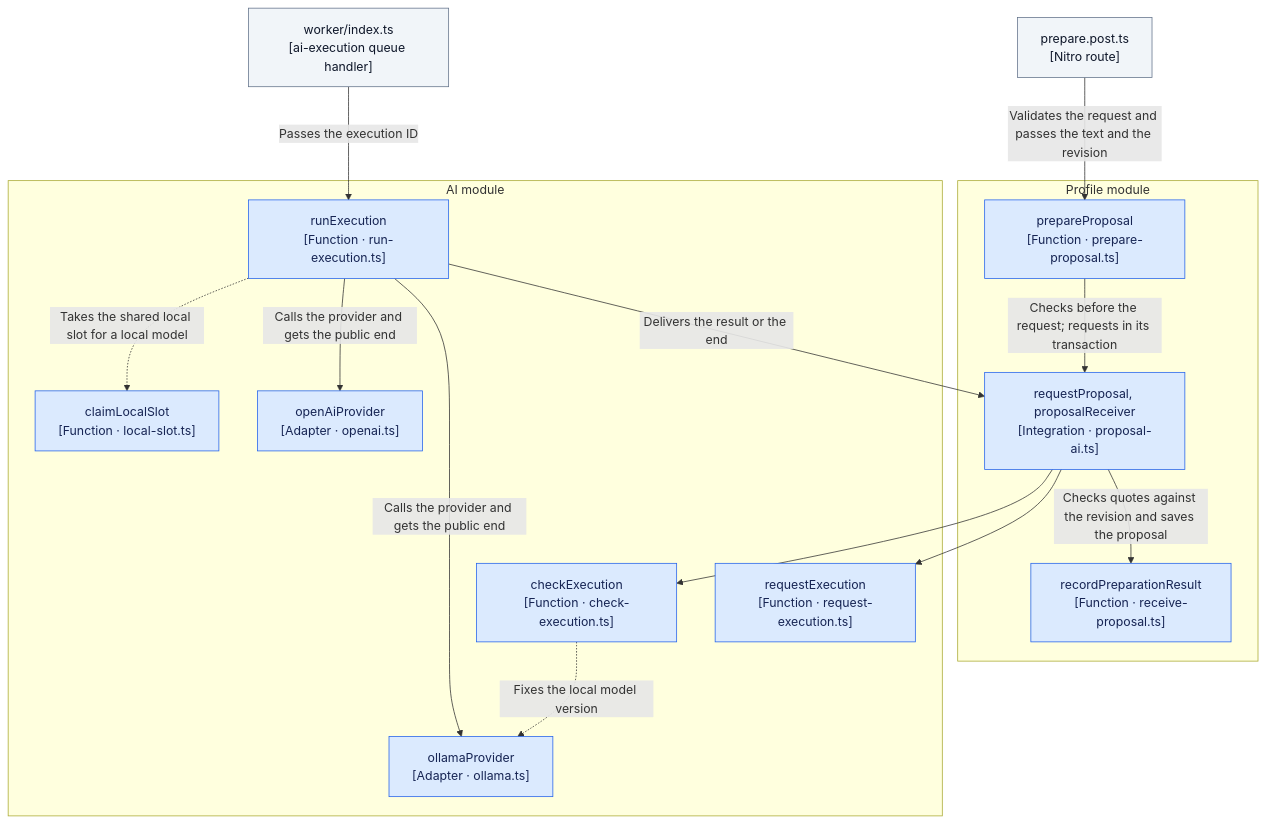
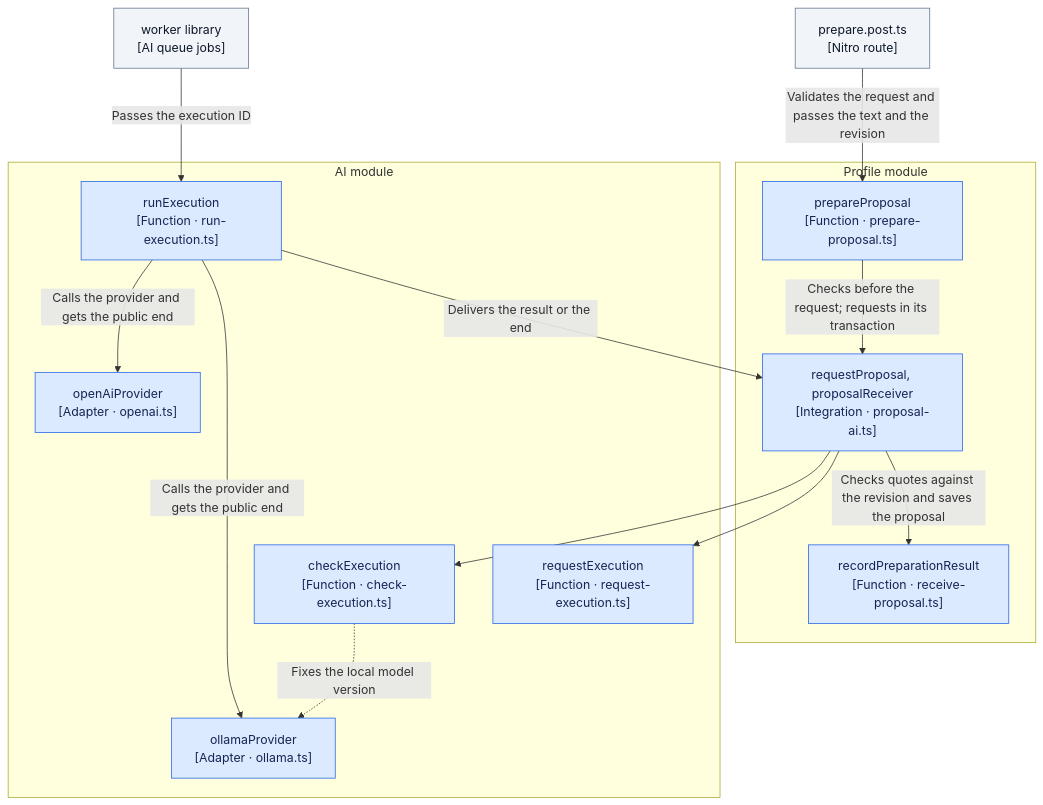
The fifth of 5 diagrams in docs/architecture/README.md (pioziol123/ofertorix-rekrutus), drawn with Mermaid before and after one commit. The commit also changed other lines of this file and 5 other files, not shown here.

Commit message:
oferty-pracy-2ba.6: Describe the AI queues, the failure handler and the periodic process in the module, architecture and glossary docs

````diff
--- a/docs/architecture/README.md
+++ b/docs/architecture/README.md
@@ -184,37 +184,35 @@
 ```mermaid
 flowchart TB
   Prepare["prepare.post.ts<br/>[Nitro route]"]
-  Worker["worker/index.ts<br/>[ai-execution queue handler]"]
+  Worker["worker library<br/>[AI queue jobs]"]
 
   subgraph Profile["Profile module"]
     Enqueue["prepareProposal<br/>[Function · prepare-proposal.ts]"]
     Integration["requestProposal, proposalReceiver<br/>[Integration · proposal-ai.ts]"]
     Receive["recordPreparationResult<br/>[Function · receive-proposal.ts]"]
   end
 
   subgraph AI["AI module"]
     Check["checkExecution<br/>[Function · check-execution.ts]"]
     Request["requestExecution<br/>[Function · request-execution.ts]"]
     Run["runExecution<br/>[Function · run-execution.ts]"]
-    Slot["claimLocalSlot<br/>[Function · local-slot.ts]"]
     OpenAI["openAiProvider<br/>[Adapter · openai.ts]"]
     Ollama["ollamaProvider<br/>[Adapter · ollama.ts]"]
   end
 
   Prepare -->|"Validates the request and passes the text and the revision"| Enqueue
   Enqueue -->|"Checks before the request; requests in its transaction"| Integration
   Integration --> Check
   Integration --> Request
   Check -.->|"Fixes the local model version"| Ollama
   Worker -->|"Passes the execution ID"| Run
-  Run -.->|"Takes the shared local slot for a local model"| Slot
   Run -->|"Calls the provider and gets the public end"| OpenAI
   Run -->|"Calls the provider and gets the public end"| Ollama
   Run -->|"Delivers the result or the end"| Integration
   Integration -->|"Checks quotes against the revision and saves the proposal"| Receive
 
   classDef internal fill:#dbeafe,stroke:#2563eb,color:#172554
   classDef external fill:#f1f5f9,stroke:#64748b,color:#0f172a
-  class Enqueue,Integration,Receive,Check,Request,Run,Slot,OpenAI,Ollama internal
+  class Enqueue,Integration,Receive,Check,Request,Run,OpenAI,Ollama internal
   class Prepare,Worker external
 ```
````
